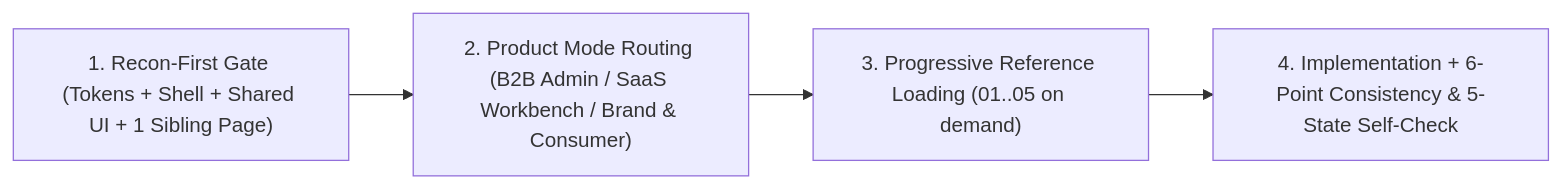
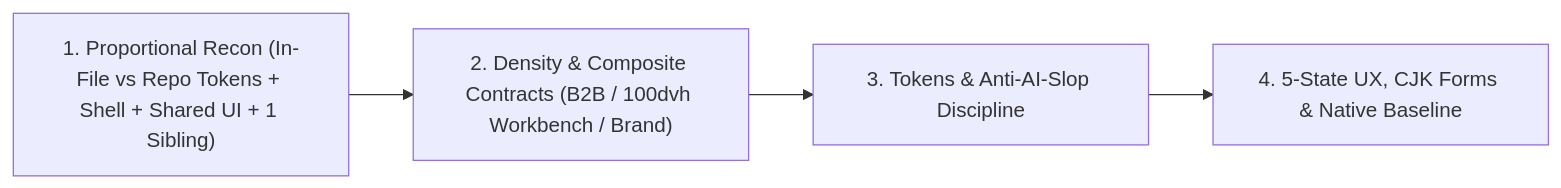
One commit to lastxuanain/ainward-skills changed the diagram in skills/frontend-craft/README.md. Above: the diagram before and after it, drawn with Mermaid. The commit also changed other lines of this file and 25 other files, not shown here.

````diff
--- a/skills/frontend-craft/README.md
+++ b/skills/frontend-craft/README.md
@@ -26,6 +15,6 @@
 ```mermaid
 flowchart LR
-    A["1. Recon-First Gate (Tokens + Shell + Shared UI + 1 Sibling Page)"] --> B["2. Product Mode Routing (B2B Admin / SaaS Workbench / Brand & Consumer)"]
-    B --> C["3. Progressive Reference Loading (01..05 on demand)"]
-    C --> D["4. Implementation + 6-Point Consistency & 5-State Self-Check"]
+    A["1. Proportional Recon (In-File vs Repo Tokens + Shell + Shared UI + 1 Sibling)"] --> B["2. Density & Composite Contracts (B2B / 100dvh Workbench / Brand)"]
+    B --> C["3. Tokens & Anti-AI-Slop Discipline"]
+    C --> D["4. 5-State UX, CJK Forms & Native Baseline"]
 ```
````
